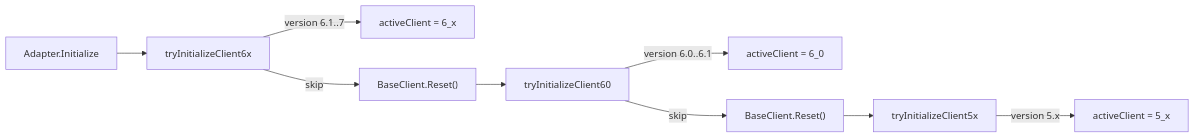
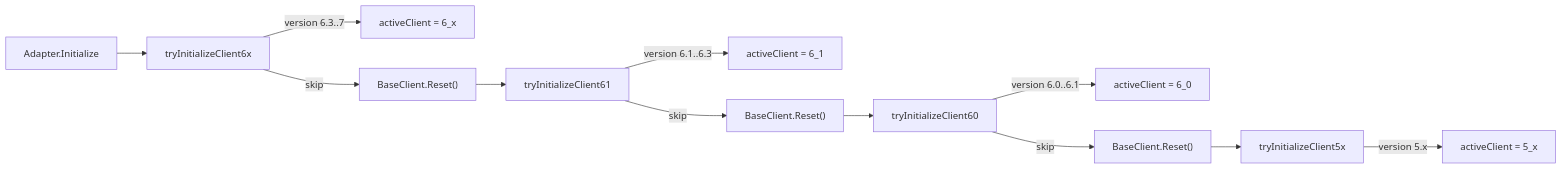
One commit to POSIdev-community/aictl changed the second of 2 diagrams in AGENTS.md. Above: the diagram before and after it, drawn with Mermaid. The commit also changed other lines of this file and 174 other files, not shown here.

````diff
--- a/AGENTS.md
+++ b/AGENTS.md
@@ -107,11 +107,14 @@
 ```mermaid
 flowchart LR
     init["Adapter.Initialize"] --> try6x["tryInitializeClient6x"]
-    try6x -->|"version 6.1..7"| active6x["activeClient = 6_x"]
-    try6x -->|skip| reset1["BaseClient.Reset()"]
+    try6x -->|"version 6.3..7"| active6x["activeClient = 6_x"]
+    try6x -->|skip| reset0["BaseClient.Reset()"]
+    reset0 --> try61["tryInitializeClient61"]
+    try61 -->|"version 6.1..6.3"| active61["activeClient = 6_1"]
+    try61 -->|skip| reset1["BaseClient.Reset()"]
     reset1 --> try60["tryInitializeClient60"]
     try60 -->|"version 6.0..6.1"| active60["activeClient = 6_0"]
     try60 -->|skip| reset2["BaseClient.Reset()"]
     reset2 --> try5["tryInitializeClient5x"]
     try5 -->|version 5.x| active5["activeClient = 5_x"]
 ```
````
